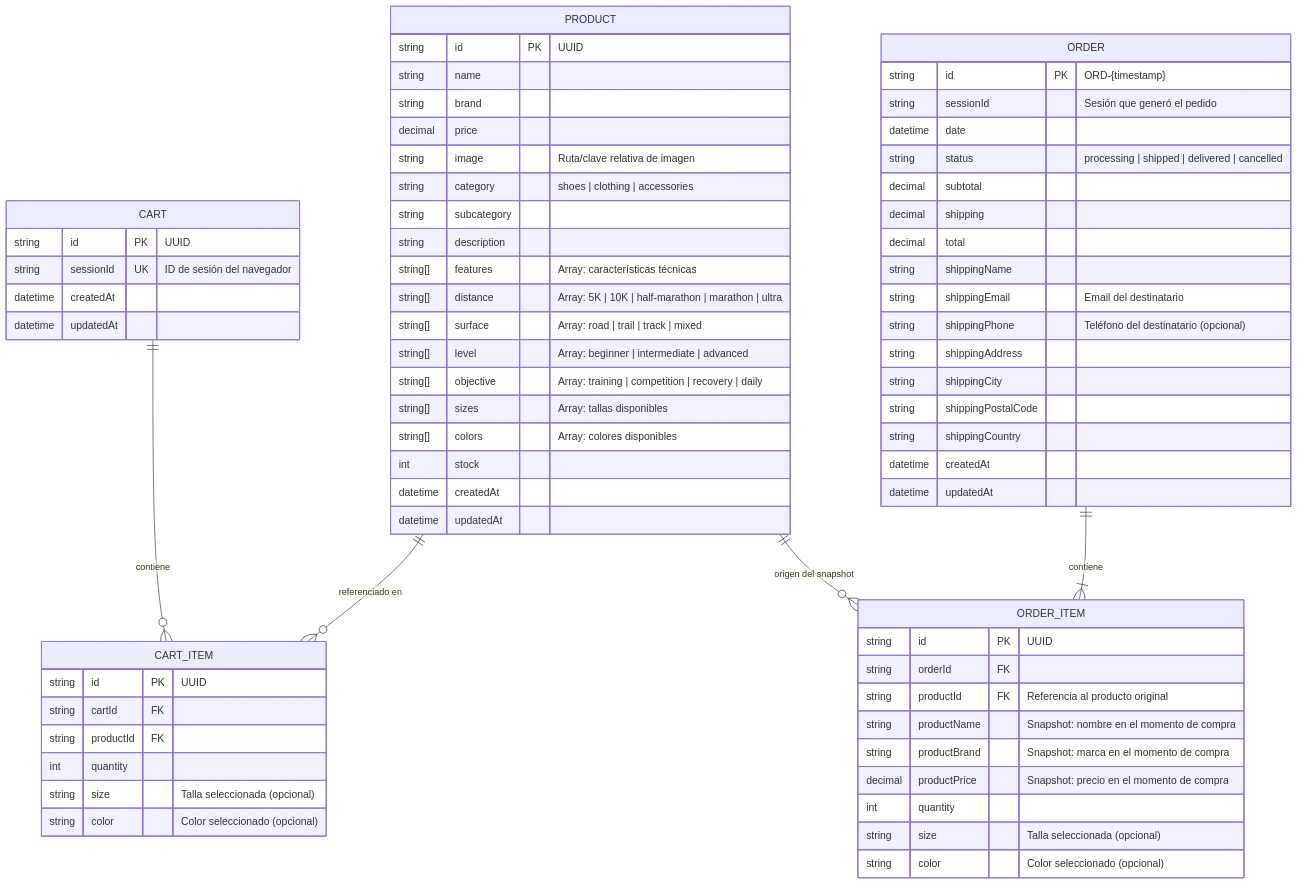
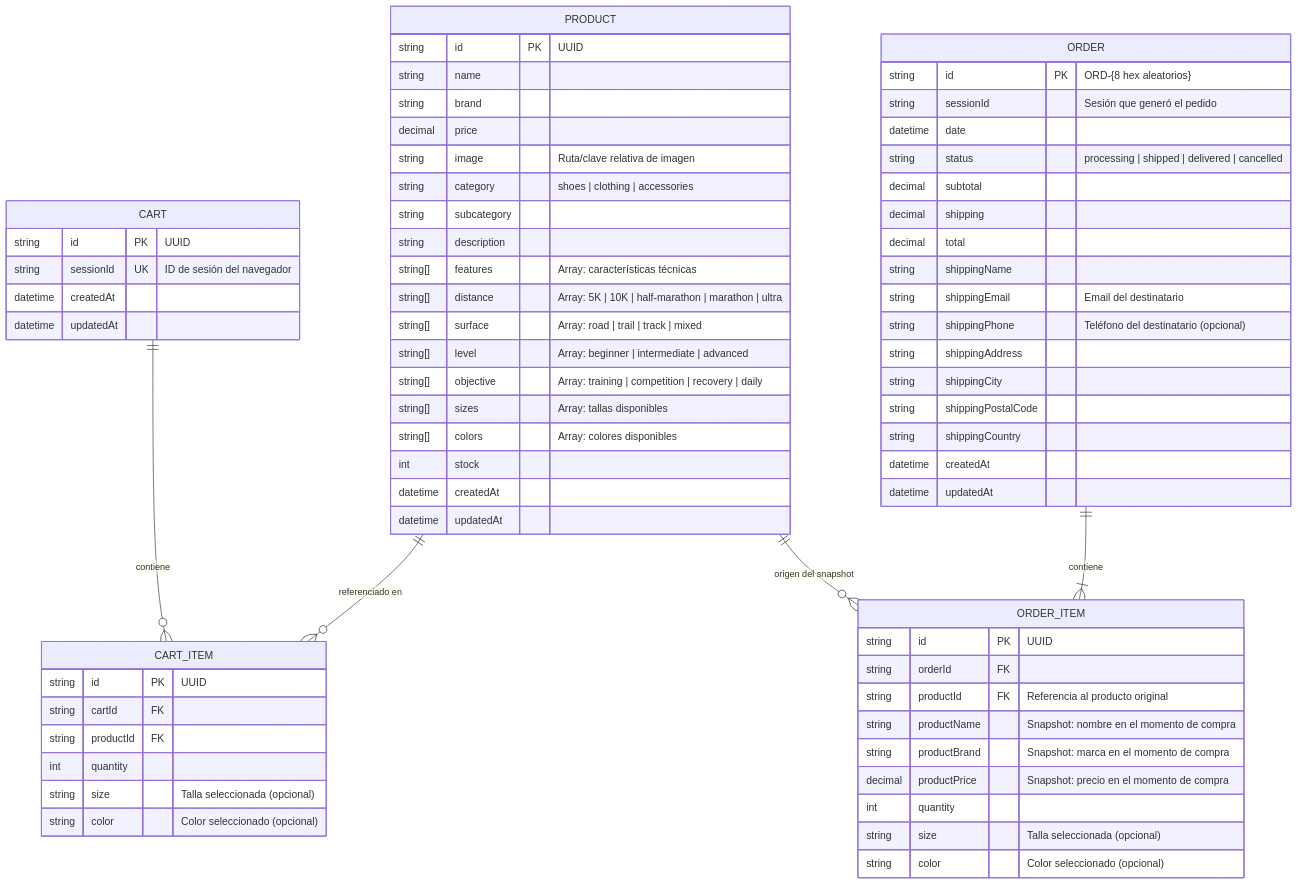
The diagram in docs/DATA-MODEL.md (LIDR-academy/AI4Devs-finalproject), drawn with Mermaid before and after one commit. The commit also changed other lines of this file and 3 other files, not shown here.

````diff
--- a/docs/DATA-MODEL.md
+++ b/docs/DATA-MODEL.md
@@ -34,75 +34,75 @@
 ```mermaid
 erDiagram
     PRODUCT {
         string      id              PK  "UUID"
         string      name
         string      brand
         decimal     price
         string      image               "Ruta/clave relativa de imagen"
         string      category            "shoes | clothing | accessories"
         string      subcategory
         string      description
         string[]    features            "Array: características técnicas"
         string[]    distance            "Array: 5K | 10K | half-marathon | marathon | ultra"
         string[]    surface             "Array: road | trail | track | mixed"
         string[]    level               "Array: beginner | intermediate | advanced"
         string[]    objective           "Array: training | competition | recovery | daily"
         string[]    sizes               "Array: tallas disponibles"
         string[]    colors              "Array: colores disponibles"
         int         stock
         datetime    createdAt
         datetime    updatedAt
     }
 
     CART {
         string      id              PK  "UUID"
         string      sessionId       UK  "ID de sesión del navegador"
         datetime    createdAt
         datetime    updatedAt
     }
 
     CART_ITEM {
         string      id              PK  "UUID"
         string      cartId          FK
         string      productId       FK
         int         quantity
         string      size                "Talla seleccionada (opcional)"
         string      color               "Color seleccionado (opcional)"
     }
 
     ORDER {
-        string      id              PK  "ORD-{timestamp}"
+        string      id              PK  "ORD-{8 hex aleatorios}"
         string      sessionId           "Sesión que generó el pedido"
         datetime    date
         string      status              "processing | shipped | delivered | cancelled"
         decimal     subtotal
         decimal     shipping
         decimal     total
         string      shippingName
         string      shippingEmail       "Email del destinatario"
         string      shippingPhone       "Teléfono del destinatario (opcional)"
         string      shippingAddress
         string      shippingCity
         string      shippingPostalCode
         string      shippingCountry
         datetime    createdAt
         datetime    updatedAt
     }
 
     ORDER_ITEM {
         string      id              PK  "UUID"
         string      orderId         FK
         string      productId       FK  "Referencia al producto original"
         string      productName         "Snapshot: nombre en el momento de compra"
         string      productBrand        "Snapshot: marca en el momento de compra"
         decimal     productPrice        "Snapshot: precio en el momento de compra"
         int         quantity
         string      size                "Talla seleccionada (opcional)"
         string      color               "Color seleccionado (opcional)"
     }
 
     CART        ||--o{ CART_ITEM  : "contiene"
     PRODUCT     ||--o{ CART_ITEM  : "referenciado en"
     ORDER       ||--|{ ORDER_ITEM : "contiene"
     PRODUCT     ||--o{ ORDER_ITEM : "origen del snapshot"
 ```
````
